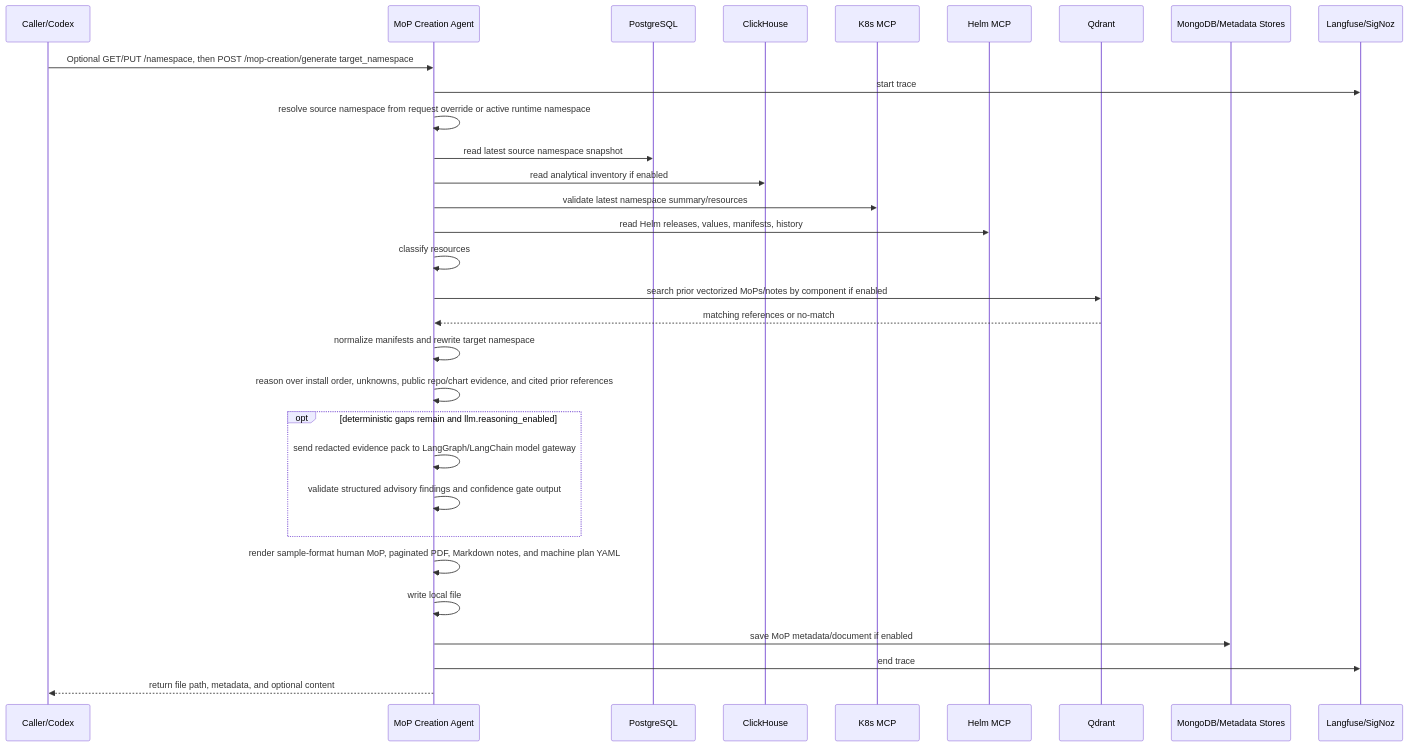
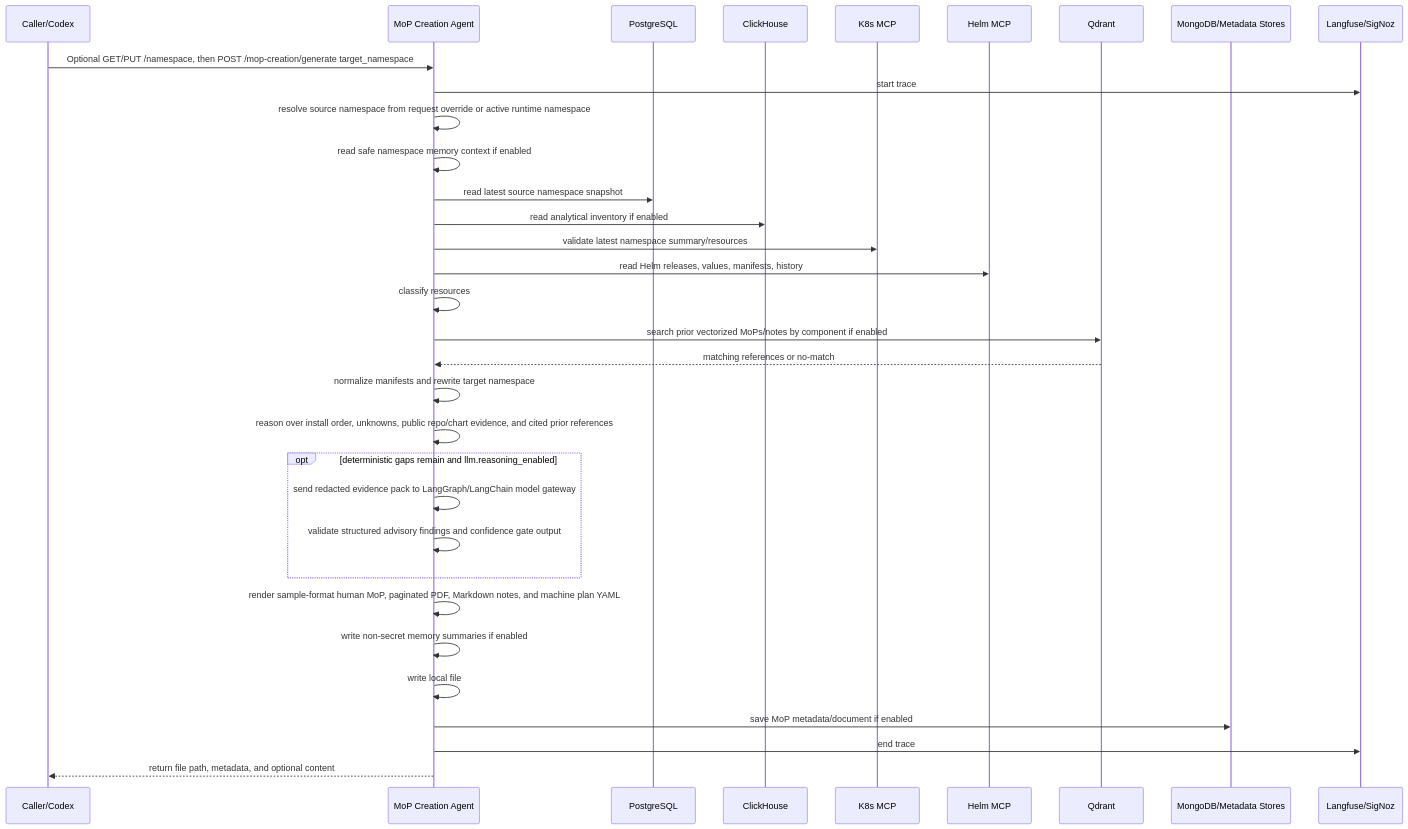
Before and after one commit to aveeshek/bosgenesis-mop-creation-agent: the second of 5 diagrams in docs/02_HLD_MOP_CREATION_AGENT.md, drawn with Mermaid. The commit also changed other lines of this file and 38 other files, not shown here.

````diff
--- a/docs/02_HLD_MOP_CREATION_AGENT.md
+++ b/docs/02_HLD_MOP_CREATION_AGENT.md
@@ -83,34 +83,36 @@
 ```mermaid
 sequenceDiagram
     participant C as Caller/Codex
     participant A as MoP Creation Agent
     participant PG as PostgreSQL
     participant CH as ClickHouse
     participant K as K8s MCP
     participant H as Helm MCP
     participant Q as Qdrant
     participant M as MongoDB/Metadata Stores
     participant O as Langfuse/SigNoz
 
     C->>A: Optional GET/PUT /namespace, then POST /mop-creation/generate target_namespace
     A->>O: start trace
     A->>A: resolve source namespace from request override or active runtime namespace
+    A->>A: read safe namespace memory context if enabled
     A->>PG: read latest source namespace snapshot
     A->>CH: read analytical inventory if enabled
     A->>K: validate latest namespace summary/resources
     A->>H: read Helm releases, values, manifests, history
     A->>A: classify resources
     A->>Q: search prior vectorized MoPs/notes by component if enabled
     Q-->>A: matching references or no-match
     A->>A: normalize manifests and rewrite target namespace
     A->>A: reason over install order, unknowns, public repo/chart evidence, and cited prior references
     opt deterministic gaps remain and llm.reasoning_enabled
         A->>A: send redacted evidence pack to LangGraph/LangChain model gateway
         A->>A: validate structured advisory findings and confidence gate output
     end
     A->>A: render sample-format human MoP, paginated PDF, Markdown notes, and machine plan YAML
+    A->>A: write non-secret memory summaries if enabled
     A->>A: write local file
     A->>M: save MoP metadata/document if enabled
     A->>O: end trace
     A-->>C: return file path, metadata, and optional content
 ```
````
